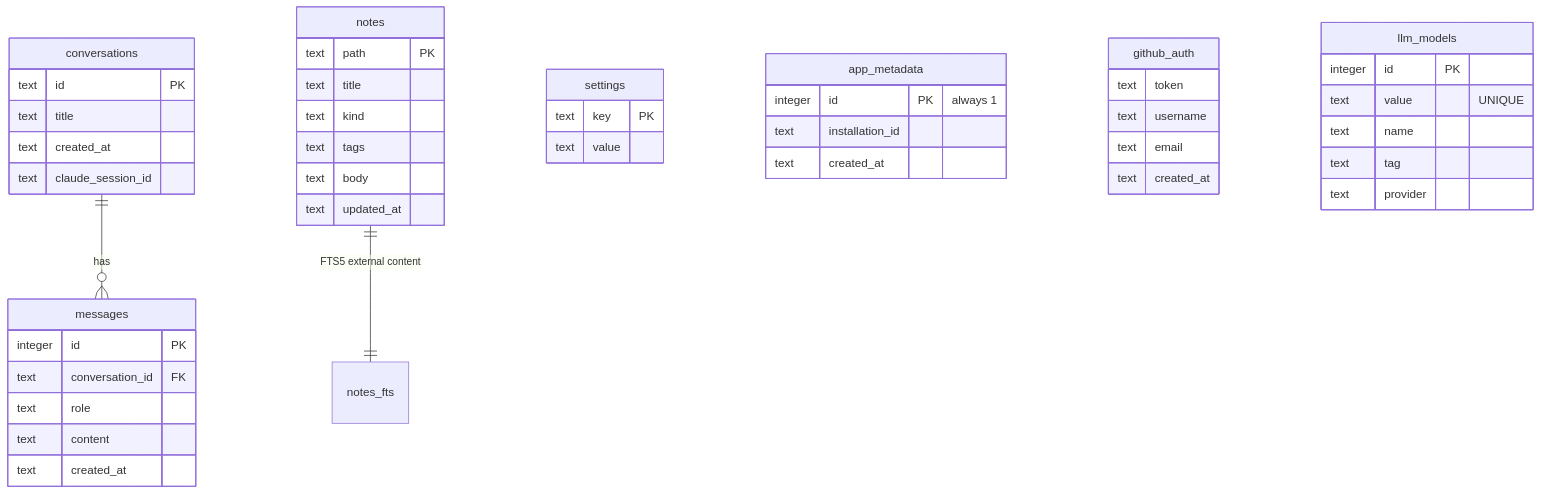
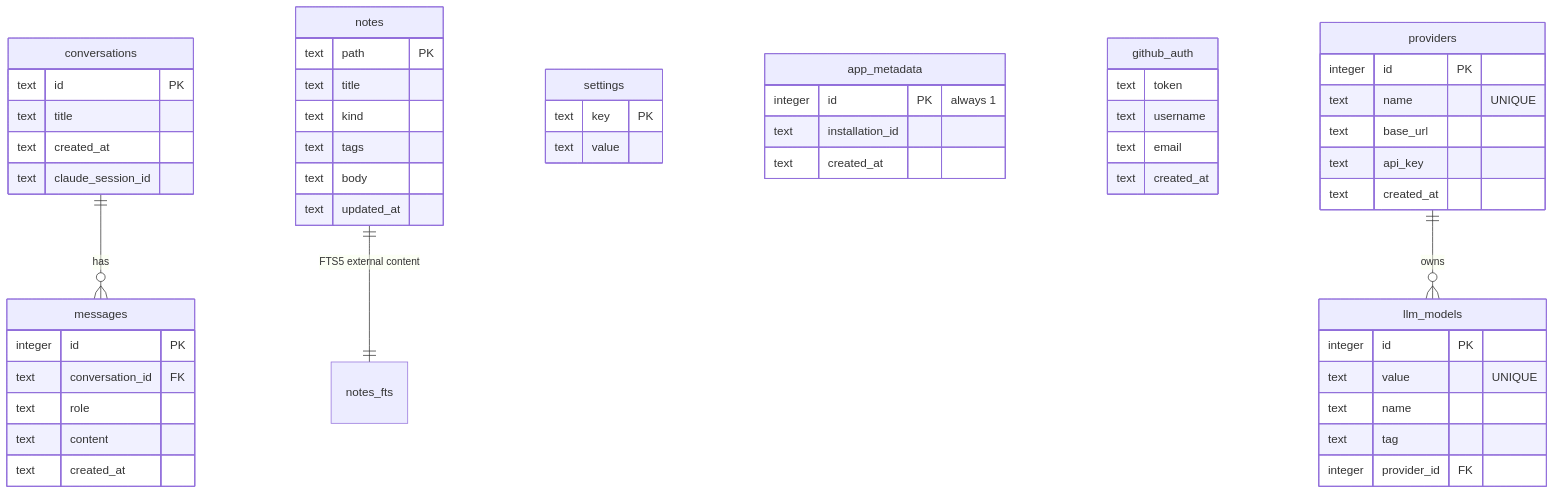
Before and after one commit to shiv-source/thoth: the diagram in docs/schema.md, drawn with Mermaid. The commit also changed other lines of this file and 50 other files, not shown here.

Commit message:
feat(settings): first-class providers table with per-provider models

````diff
--- a/docs/schema.md
+++ b/docs/schema.md
@@ -5,48 +5,56 @@
 ```mermaid
 erDiagram
     conversations ||--o{ messages : "has"
     conversations {
         text id PK
         text title
         text created_at
         text claude_session_id
     }
     messages {
         integer id PK
         text conversation_id FK
         text role
         text content
         text created_at
     }
     notes ||--|| notes_fts : "FTS5 external content"
     notes {
         text path PK
         text title
         text kind
         text tags
         text body
         text updated_at
     }
     settings {
         text key PK
         text value
     }
     app_metadata {
         integer id PK "always 1"
         text installation_id
         text created_at
     }
     github_auth {
         text token
         text username
         text email
         text created_at
     }
+    providers ||--o{ llm_models : "owns"
+    providers {
+        integer id PK
+        text name "UNIQUE"
+        text base_url
+        text api_key
+        text created_at
+    }
     llm_models {
         integer id PK
         text value "UNIQUE"
         text name
         text tag
-        text provider
+        integer provider_id FK
     }
 ```
````
